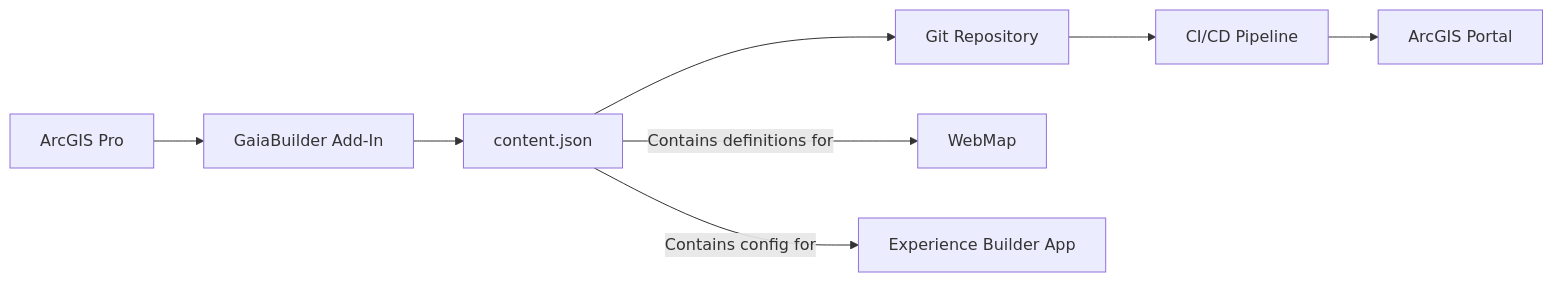
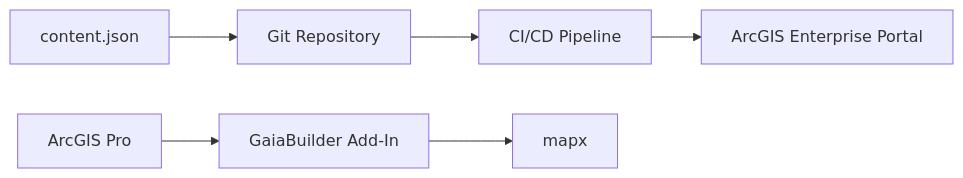
One commit to merkator-software/GaiaBuilder-manual changed the diagram in Configuration_examples/Publishing an experience builder app/README.md. Above: the diagram before and after it, drawn with Mermaid.

````diff
--- a/Configuration_examples/Publishing an experience builder app/README.md
+++ b/Configuration_examples/Publishing an experience builder app/README.md
@@ -23,17 +23,15 @@
-```mermaid 
+```mermaid
 graph LR
   pro[ArcGIS Pro]
   addon[GaiaBuilder Add-In]
-  content[content.json]
+  expb[content.json]
   git[Git Repository]
-  cicd[CI/CD Pipeline]
-  portal[ArcGIS Portal]
+  pipeline[CI/CD Pipeline]
+  portal[ArcGIS Enterprise Portal]
 
   pro --> addon
-  addon --> content
-  content -->|Contains definitions for| webmap[WebMap]
-  content -->|Contains config for| experience[Experience Builder App]
-  content --> git
-  git --> cicd
-  cicd --> portal
+  addon --> mapx
+  expb --> git
+  git --> pipeline
+  pipeline --> portal
 ```
````
